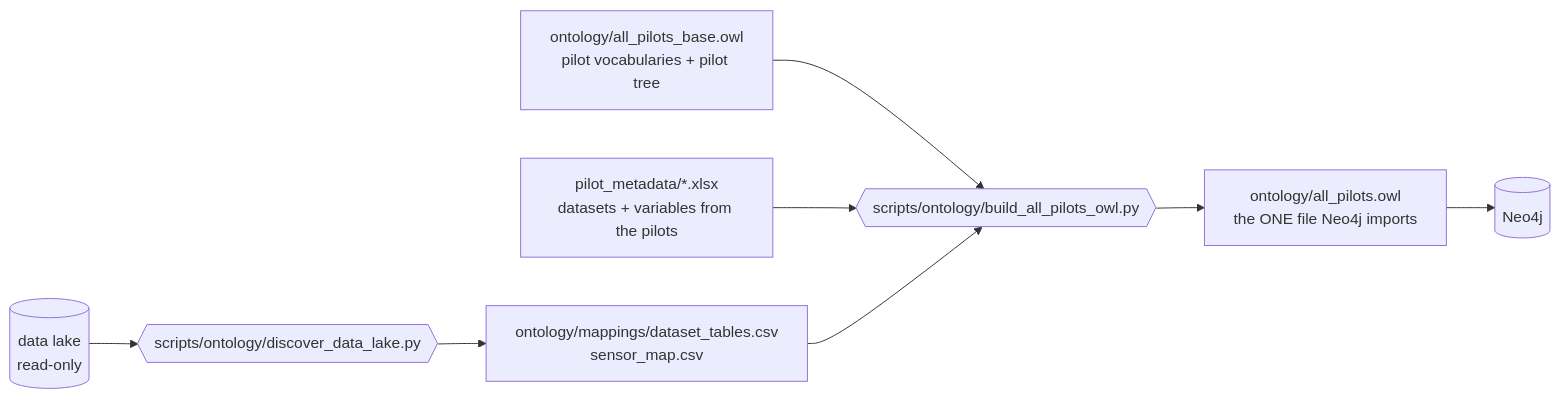
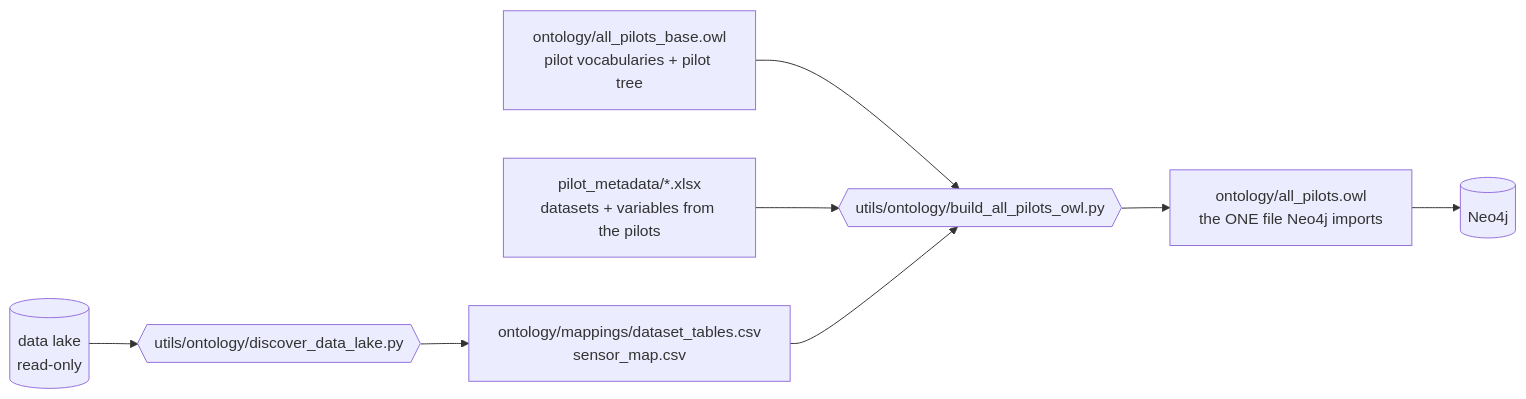
The third of 3 diagrams in docs/ontology-guide.md (EnergyGuardProject/semantic-ontology), drawn with Mermaid before and after one commit. The commit also changed other lines of this file and 33 other files, not shown here.

First line of the commit message:
Move build and load tooling into utils/; keep scripts/ for examples

````diff
--- a/docs/ontology-guide.md
+++ b/docs/ontology-guide.md
@@ -441,10 +441,10 @@
 ```mermaid
 graph LR
-    A[ontology/all_pilots_base.owl<br/>pilot vocabularies + pilot tree] --> S{{scripts/ontology/build_all_pilots_owl.py}}
+    A[ontology/all_pilots_base.owl<br/>pilot vocabularies + pilot tree] --> S{{utils/ontology/build_all_pilots_owl.py}}
     B[pilot_metadata/*.xlsx<br/>datasets + variables from the pilots] --> S
-    L[(data lake<br/>read-only)] --> D{{scripts/ontology/discover_data_lake.py}}
+    L[(data lake<br/>read-only)] --> D{{utils/ontology/discover_data_lake.py}}
     D --> C[ontology/mappings/dataset_tables.csv<br/>sensor_map.csv]
     C --> S
     S --> O[ontology/all_pilots.owl<br/>the ONE file Neo4j imports]
     O --> N[(Neo4j)]
 ```
````
